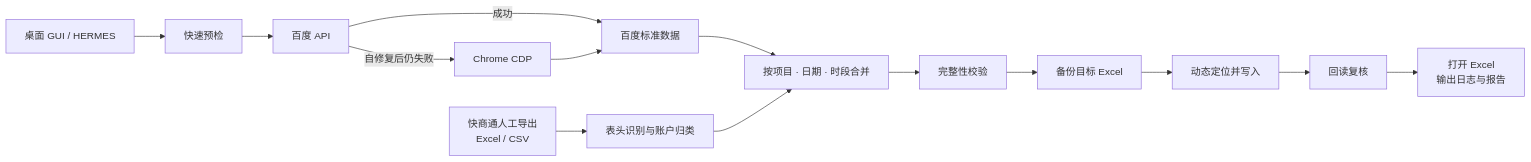
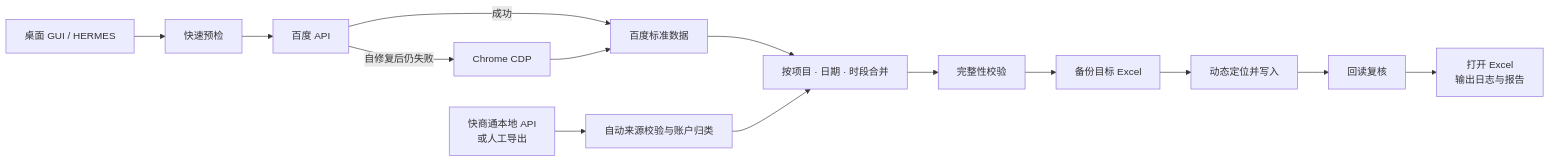
The first of 2 diagrams in README.md (kaiteJiang/Hourlyreport-Automation), drawn with Mermaid before and after one commit. The commit also changed other lines of this file and 29 other files, not shown here.

Commit message:
release: ship KST local API v2026.7.27.113

````diff
--- a/README.md
+++ b/README.md
@@ -91,16 +91,16 @@
 ```mermaid
 flowchart LR
     UI["桌面 GUI / HERMES"] --> PF["快速预检"]
     PF --> API["百度 API"]
     API -->|"成功"| BD["百度标准数据"]
     API -->|"自修复后仍失败"| CH["Chrome CDP"]
     CH --> BD
-    KST["快商通人工导出<br/>Excel / CSV"] --> KP["表头识别与账户归类"]
+    KST["快商通本地 API<br/>或人工导出"] --> KP["自动来源校验与账户归类"]
     BD --> M["按项目 · 日期 · 时段合并"]
     KP --> M
     M --> V["完整性校验"]
     V --> BK["备份目标 Excel"]
     BK --> W["动态定位并写入"]
     W --> RV["回读复核"]
     RV --> OUT["打开 Excel<br/>输出日志与报告"]
 ```
````
